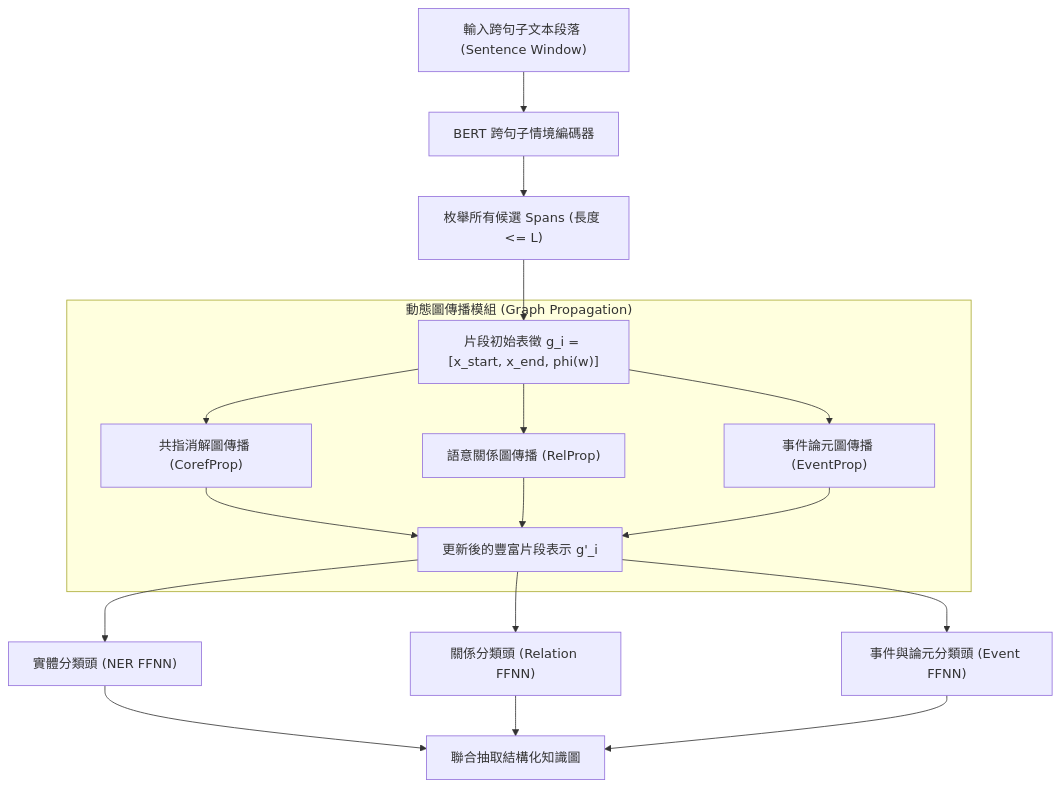
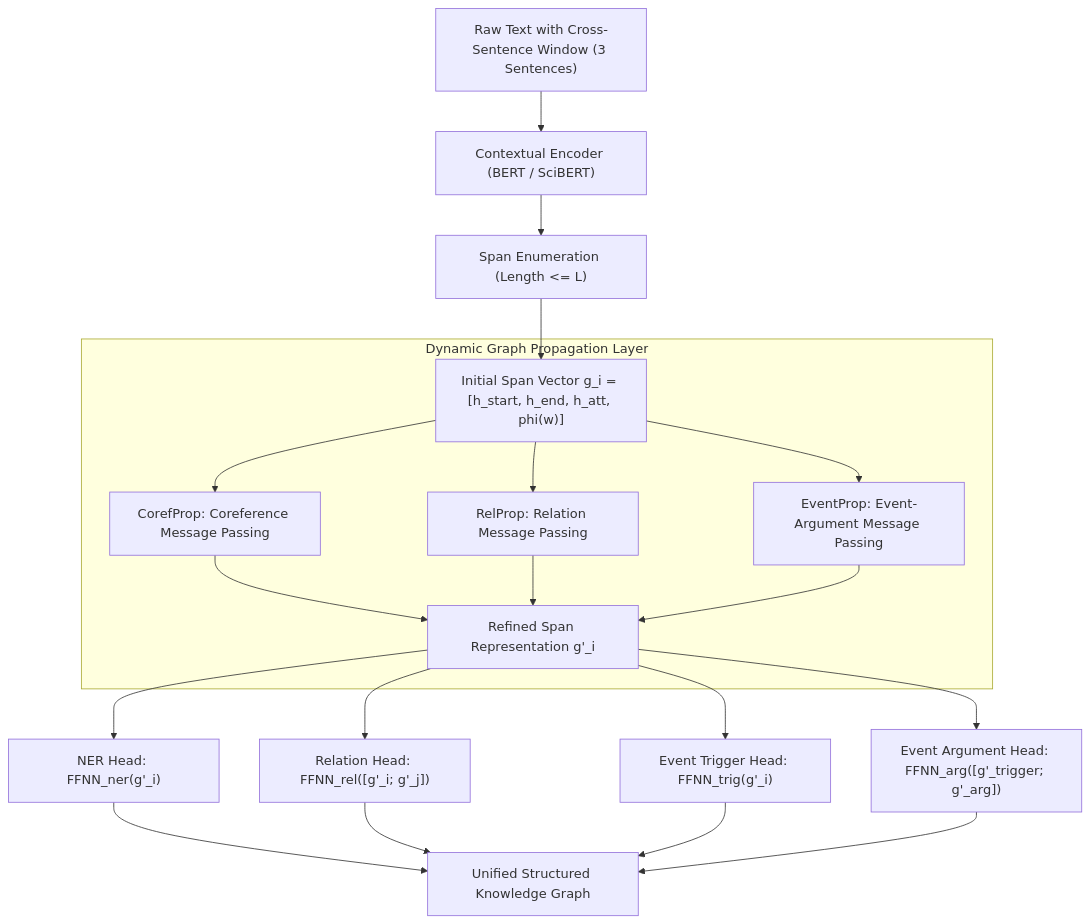
Before and after one commit to Cycl0n3-ga/RAG-survey: the diagram in 03 - 論文庫 (Literature Notes)/04 - Knowledge & Graph RAG/(EMNLP 2019-11) Entity, Relation, and Event Extraction with Contextualized Span Representations.md, drawn with Mermaid. The commit also changed other lines of this file and 12 other files, not shown here.

````diff
--- a/03 - 論文庫 (Literature Notes)/04 - Knowledge & Graph RAG/(EMNLP 2019-11) Entity, Relation, and Event Extraction with Contextualized Span Representations.md
+++ b/03 - 論文庫 (Literature Notes)/04 - Knowledge & Graph RAG/(EMNLP 2019-11) Entity, Relation, and Event Extraction with Contextualized Span Representations.md
@@ -105,23 +118,25 @@
 ```mermaid
 flowchart TD
-    DocText["輸入跨句子文本段落 (Sentence Window)"] --> BERT["BERT 跨句子情境編碼器"]
-    BERT --> SpanPool["枚舉所有候選 Spans (長度 <= L)"]
-    SpanPool --> InitSpan["片段初始表徵 g_i = [x_start, x_end, phi(w)]"]
+    DocInput["Raw Text with Cross-Sentence Window (3 Sentences)"] --> EncBERT["Contextual Encoder (BERT / SciBERT)"]
+    EncBERT --> SpanGen["Span Enumeration (Length <= L)"]
+    SpanGen --> SpanInit["Initial Span Vector g_i = [h_start, h_end, h_att, phi(w)]"]
     
-    subgraph graph_prop["動態圖傳播模組 (Graph Propagation)"]
-        InitSpan --> CorefGraph["共指消解圖傳播 (CorefProp)"]
-        InitSpan --> RelGraph["語意關係圖傳播 (RelProp)"]
-        InitSpan --> EventGraph["事件論元圖傳播 (EventProp)"]
-        CorefGraph --> RefinedSpan["更新後的豐富片段表示 g'_i"]
-        RelGraph --> RefinedSpan
-        EventGraph --> RefinedSpan
+    subgraph propagation["Dynamic Graph Propagation Layer"]
+        SpanInit --> CorefMsg["CorefProp: Coreference Message Passing"]
+        SpanInit --> RelMsg["RelProp: Relation Message Passing"]
+        SpanInit --> EventMsg["EventProp: Event-Argument Message Passing"]
+        CorefMsg --> UpdatedSpan["Refined Span Representation g'_i"]
+        RelMsg --> UpdatedSpan
+        EventMsg --> UpdatedSpan
     end
     
-    RefinedSpan --> NER_Head["實體分類頭 (NER FFNN)"]
-    RefinedSpan --> Rel_Head["關係分類頭 (Relation FFNN)"]
-    RefinedSpan --> Event_Head["事件與論元分類頭 (Event FFNN)"]
+    UpdatedSpan --> HeadNER["NER Head: FFNN_ner(g'_i)"]
+    UpdatedSpan --> HeadRE["Relation Head: FFNN_rel([g'_i; g'_j])"]
+    UpdatedSpan --> HeadTrig["Event Trigger Head: FFNN_trig(g'_i)"]
+    UpdatedSpan --> HeadArg["Event Argument Head: FFNN_arg([g'_trigger; g'_arg])"]
     
-    NER_Head --> OutIE["聯合抽取結構化知識圖"]
-    Rel_Head --> OutIE
-    Event_Head --> OutIE
+    HeadNER --> OutIE["Unified Structured Knowledge Graph"]
+    HeadRE --> OutIE
+    HeadTrig --> OutIE
+    HeadArg --> OutIE
 ```
````
